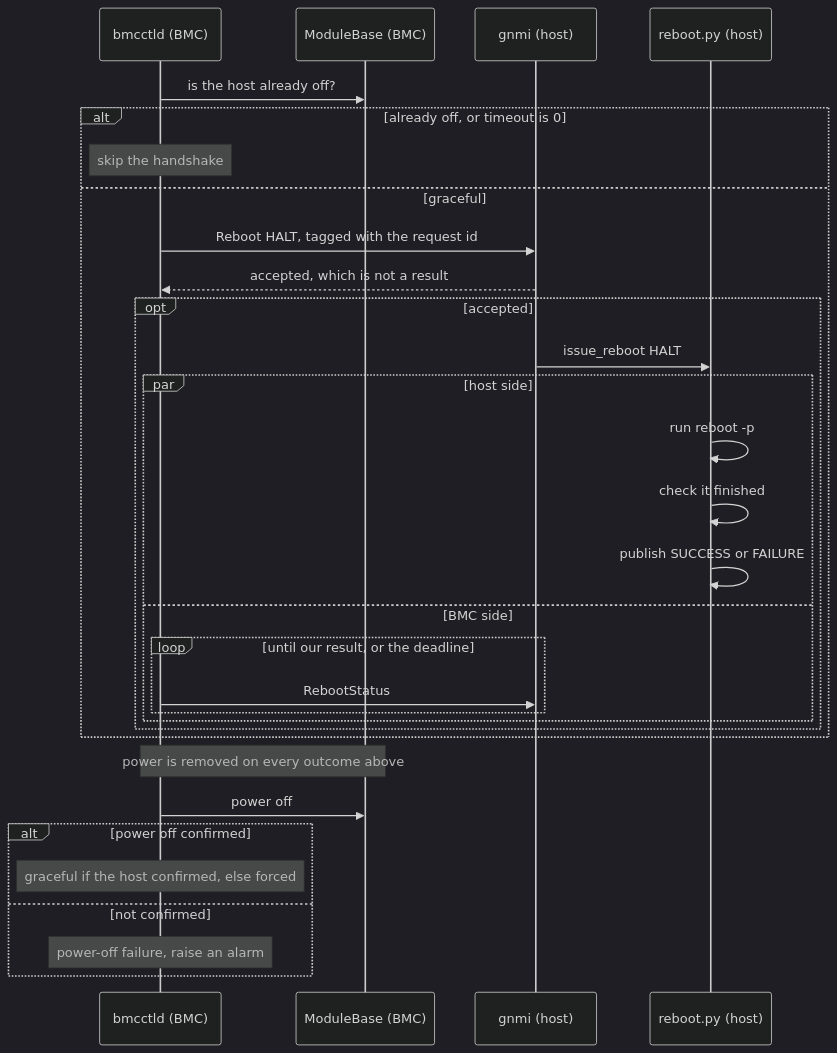
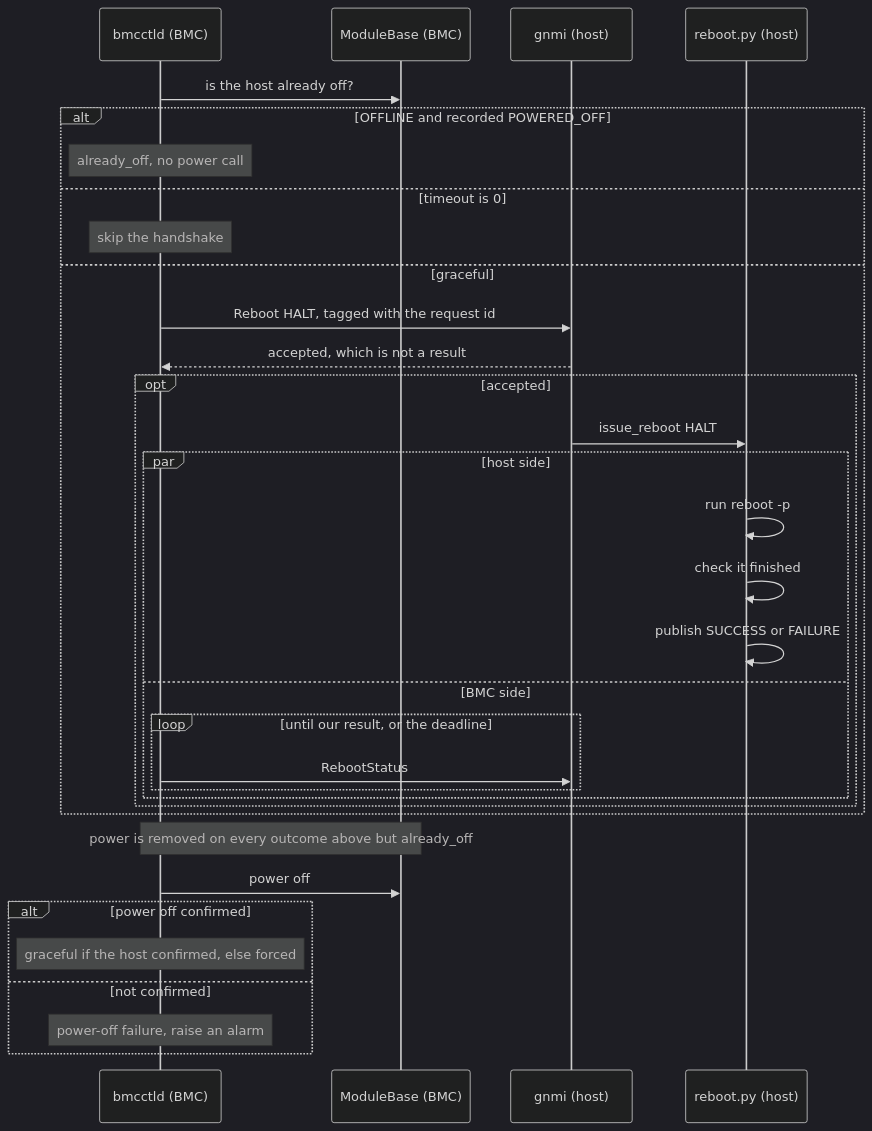
The second of 5 diagrams in doc/bmc/graceful-shutdown/switch-host-graceful-shutdown-hld.md (sonic-net/SONiC), drawn with Mermaid (dark theme) before and after one commit. The commit also changed other lines of this file, not shown here.

````diff
--- a/doc/bmc/graceful-shutdown/switch-host-graceful-shutdown-hld.md
+++ b/doc/bmc/graceful-shutdown/switch-host-graceful-shutdown-hld.md
@@ -178,33 +171,35 @@
 ```mermaid
 sequenceDiagram
     participant B as bmcctld (BMC)
     participant M as ModuleBase (BMC)
     participant G as gnmi (host)
     participant R as reboot.py (host)
     B->>M: is the host already off?
-    alt already off, or timeout is 0
+    alt OFFLINE and recorded POWERED_OFF
+        Note over B: already_off, no power call
+    else timeout is 0
         Note over B: skip the handshake
     else graceful
         B->>G: Reboot HALT, tagged with the request id
         G-->>B: accepted, which is not a result
         opt accepted
             G->>R: issue_reboot HALT
             par host side
                 R->>R: run reboot -p
                 R->>R: check it finished
                 R->>R: publish SUCCESS or FAILURE
             and BMC side
                 loop until our result, or the deadline
                     B->>G: RebootStatus
                 end
             end
         end
     end
-    Note over B,M: power is removed on every outcome above
+    Note over B,M: power is removed on every outcome above but already_off
     B->>M: power off
     alt power off confirmed
         Note over B: graceful if the host confirmed, else forced
     else not confirmed
         Note over B: power-off failure, raise an alarm
     end
 ```
````
